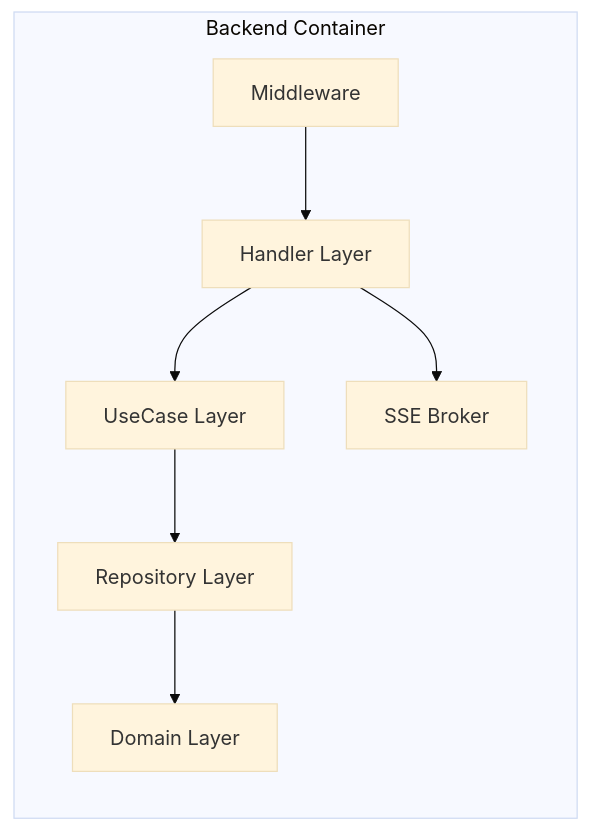
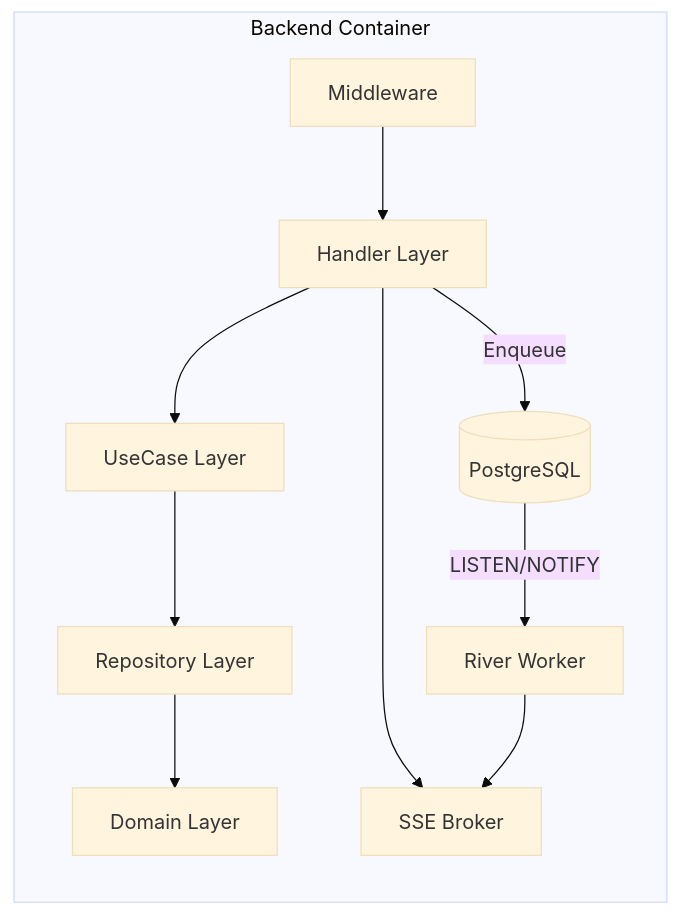
The third of 7 diagrams in .concepts/architecture/container.md (atilladeniz/next-go-pg), drawn with Mermaid (base theme) before and after one commit. The commit also changed other lines of this file and 30 other files, not shown here.

````diff
--- a/.concepts/architecture/container.md
+++ b/.concepts/architecture/container.md
@@ -96,18 +96,23 @@
 ```mermaid
 flowchart TB
     subgraph Backend["Backend Container"]
         direction TB
         H[Handler Layer]
         U[UseCase Layer]
         R[Repository Layer]
         D[Domain Layer]
         M[Middleware]
         SSE[SSE Broker]
+        RV[River Worker]
+        PG[(PostgreSQL)]
 
         M --> H
         H --> U
         U --> R
         R --> D
         H --> SSE
+        H -->|Enqueue| PG
+        PG -->|LISTEN/NOTIFY| RV
+        RV --> SSE
     end
 ```
````
